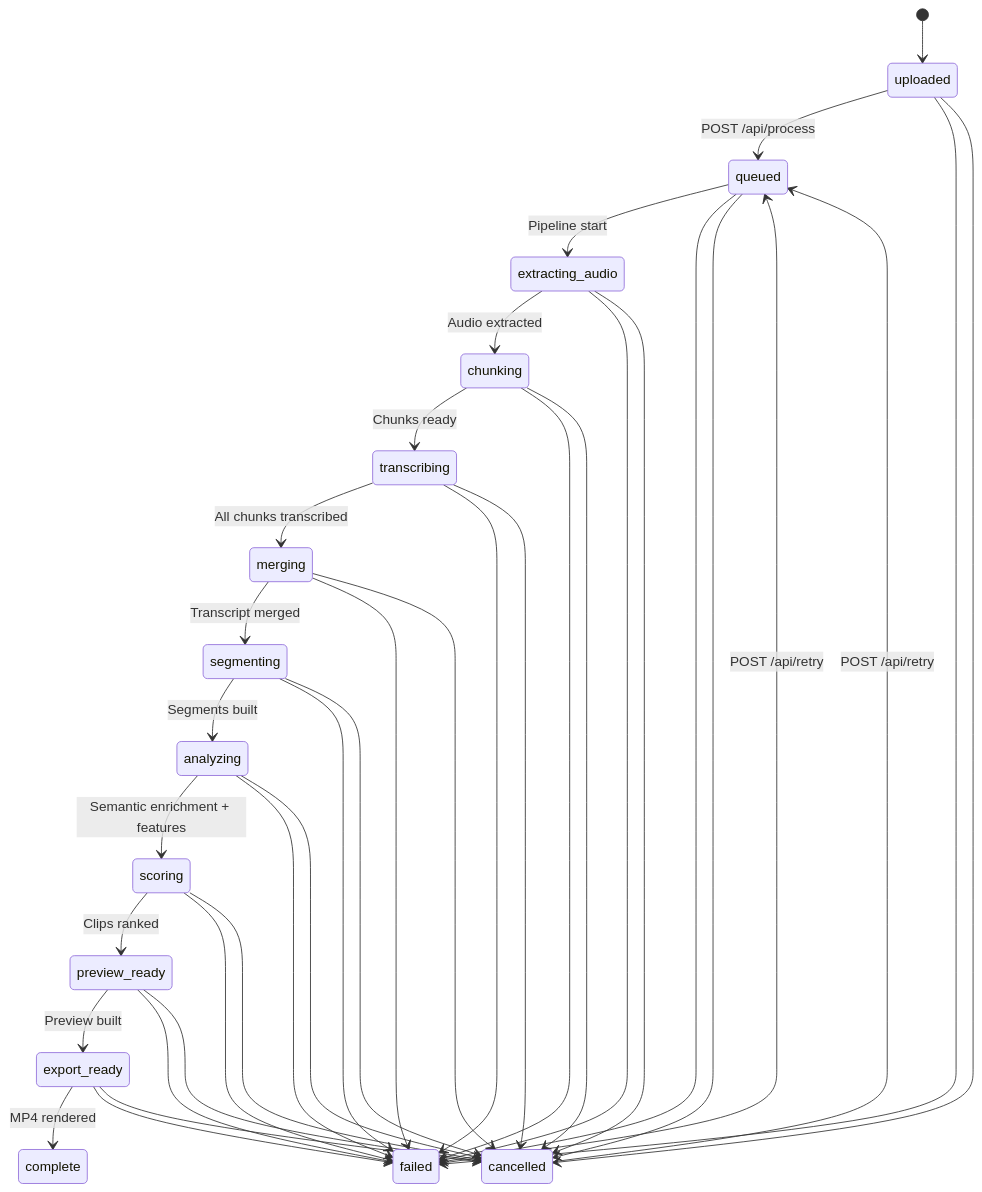
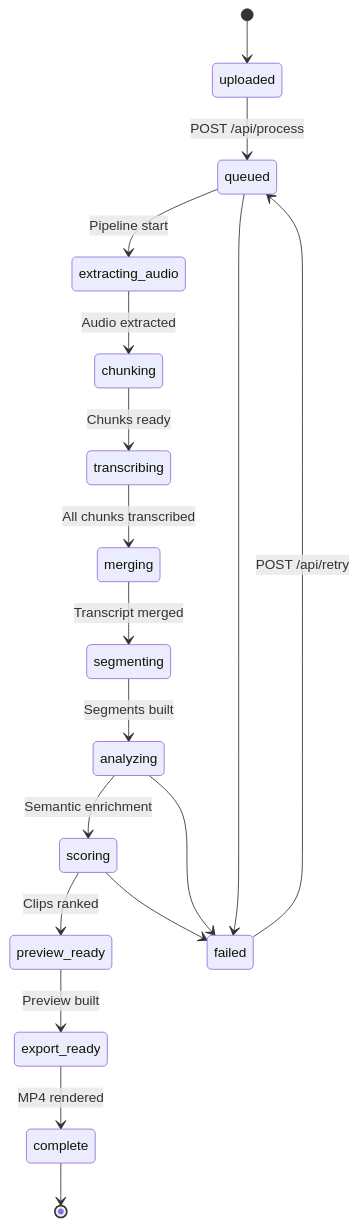
One commit to samm329-ui/Trimora_v2 changed the tenth of 15 diagrams in README.md. Above: the diagram before and after it, drawn with Mermaid. The commit also changed other lines of this file, not shown here.

First line of the commit message:
docs: fix Mermaid diagrams for mobile rendering

````diff
--- a/README.md
+++ b/README.md
@@ -986,44 +986,22 @@
 ```mermaid
 stateDiagram-v2
     [*] --> uploaded
     uploaded --> queued : POST /api/process
     queued --> extracting_audio : Pipeline start
-
     extracting_audio --> chunking : Audio extracted
     chunking --> transcribing : Chunks ready
     transcribing --> merging : All chunks transcribed
     merging --> segmenting : Transcript merged
     segmenting --> analyzing : Segments built
-    analyzing --> scoring : Semantic enrichment + features
+    analyzing --> scoring : Semantic enrichment
     scoring --> preview_ready : Clips ranked
     preview_ready --> export_ready : Preview built
     export_ready --> complete : MP4 rendered
 
-    uploaded --> failed
     queued --> failed
-    extracting_audio --> failed
-    chunking --> failed
-    transcribing --> failed
-    merging --> failed
-    segmenting --> failed
     analyzing --> failed
     scoring --> failed
-    preview_ready --> failed
-    export_ready --> failed
+    complete --> [*]
 
     failed --> queued : POST /api/retry
-
-    uploaded --> cancelled
-    queued --> cancelled
-    extracting_audio --> cancelled
-    chunking --> cancelled
-    transcribing --> cancelled
-    merging --> cancelled
-    segmenting --> cancelled
-    analyzing --> cancelled
-    scoring --> cancelled
-    preview_ready --> cancelled
-    export_ready --> cancelled
-
-    cancelled --> queued : POST /api/retry
 ```
````
